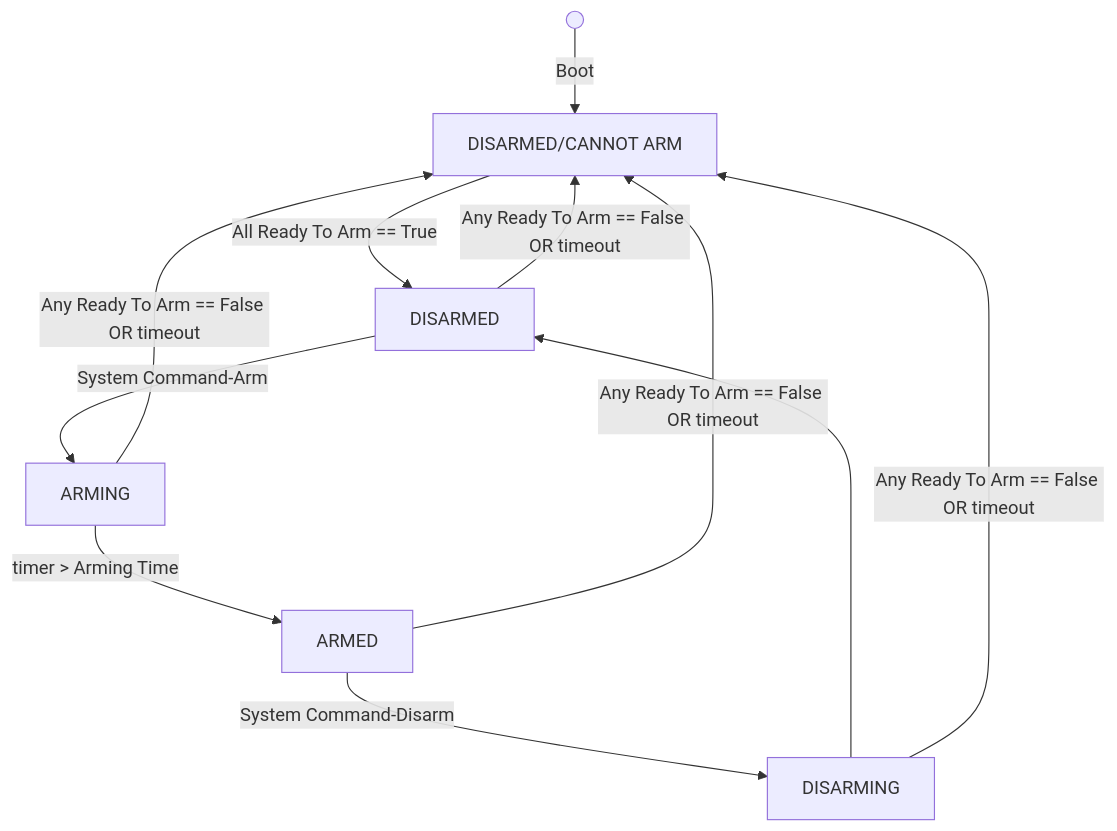
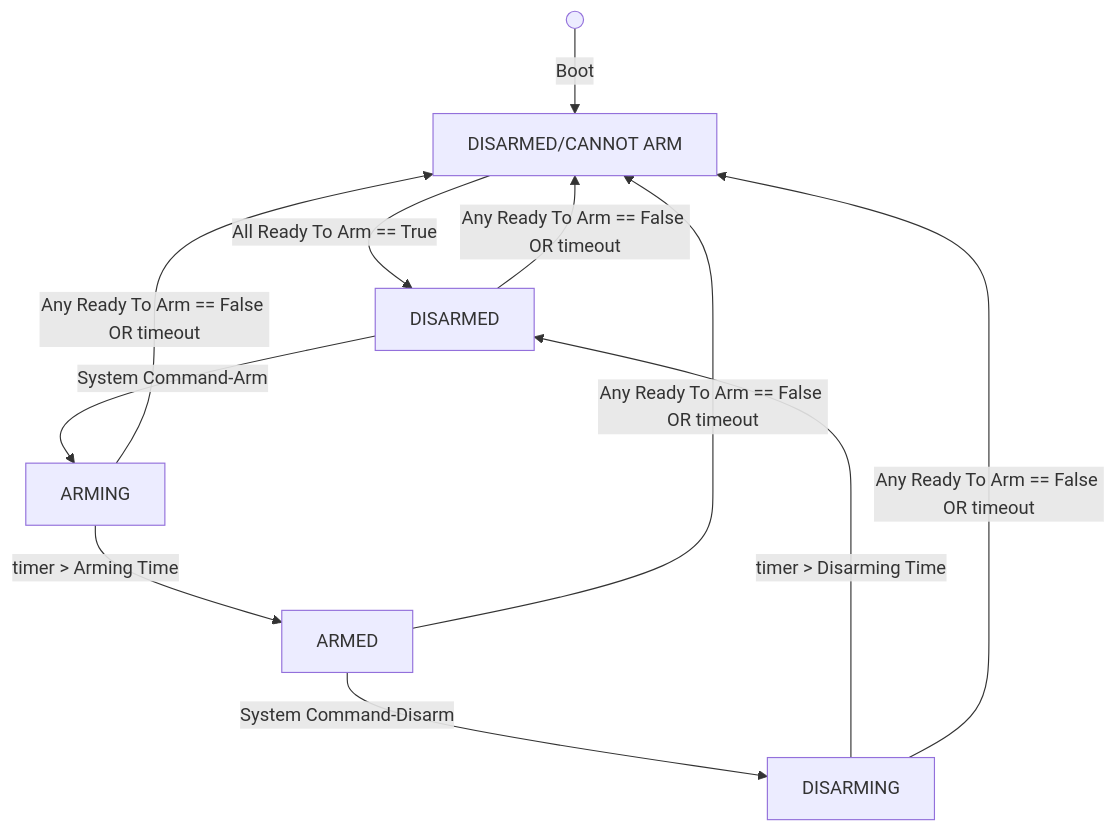
Before and after one commit to dgitz/eros: the diagram in doc/Features/SafetyControl/ArmDisarm.md, drawn with Mermaid. The commit also changed 3 other files, not shown here.

````diff
--- a/doc/Features/SafetyControl/ArmDisarm.md
+++ b/doc/Features/SafetyControl/ArmDisarm.md
@@ -14,26 +14,26 @@
 ```mermaid
     graph TD;
     DisarmedCannotArm[DISARMED/CANNOT ARM]
     Disarming[DISARMING]
     Disarmed[DISARMED]
     Arming[ARMING]
     Armed[ARMED]
     Start@{ shape: circle, label: " " }
     Start --> | Boot | DisarmedCannotArm
     DisarmedCannotArm --> | All Ready To Arm == True | Disarmed
     Disarmed --> | System Command-Arm | Arming
     Arming -->  | timer > Arming Time | Armed
     Armed --> | System Command-Disarm | Disarming
-    Disarming --> Disarmed
+    Disarming --> | timer > Disarming Time| Disarmed
     Armed --> | Any Ready To Arm == False OR timeout | DisarmedCannotArm
     Arming --> | Any Ready To Arm == False OR timeout  | DisarmedCannotArm
     Disarmed --> | Any Ready To Arm == False OR timeout  | DisarmedCannotArm
     Disarming --> | Any Ready To Arm == False OR timeout  | DisarmedCannotArm
 
     click DisarmedCannotArm href "https://mermaid.js.org/syntax/flowchart.html" " "
     click Disarming href "https://mermaid.js.org/syntax/flowchart.html" " "
     click Disarmed href "https://mermaid.js.org/syntax/flowchart.html" " "
     click Arming href "https://mermaid.js.org/syntax/flowchart.html" " "
     click Armed href "https://mermaid.js.org/syntax/flowchart.html" " "
 
 ```
````
